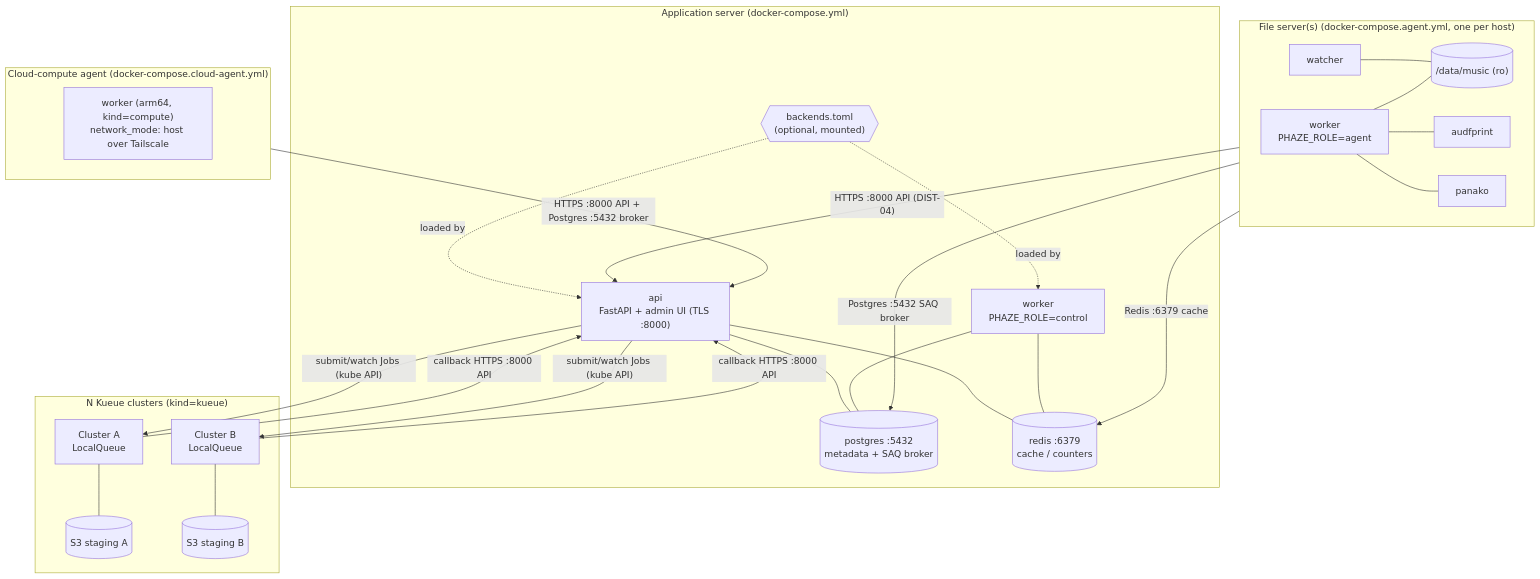
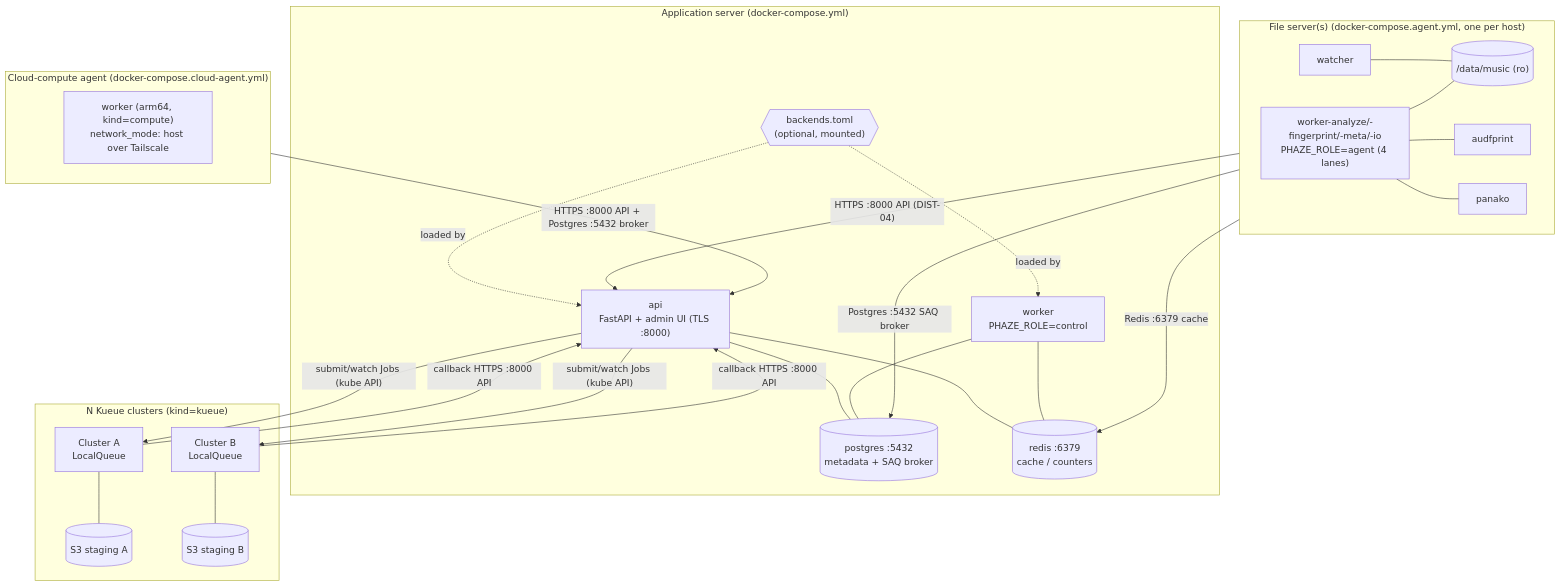
One commit to SimplicityGuy/phaze changed the first of 2 diagrams in docs/deployment.md. Above: the diagram before and after it, drawn with Mermaid. The commit also changed other lines of this file and 2 other files, not shown here.

````diff
--- a/docs/deployment.md
+++ b/docs/deployment.md
@@ -13,50 +13,50 @@
 ```mermaid
 flowchart TB
     subgraph app["Application server (docker-compose.yml)"]
         api["api<br/>FastAPI + admin UI (TLS :8000)"]
         ctl["worker<br/>PHAZE_ROLE=control"]
         pg[("postgres :5432<br/>metadata + SAQ broker")]
         rd[("redis :6379<br/>cache / counters")]
         cfg{{"backends.toml<br/>(optional, mounted)"}}
         api --- pg
         api --- rd
         ctl --- pg
         ctl --- rd
         cfg -. loaded by .-> api
         cfg -. loaded by .-> ctl
     end
 
     subgraph fs["File server(s) (docker-compose.agent.yml, one per host)"]
-        aw["worker<br/>PHAZE_ROLE=agent"]
+        aw["worker-analyze/-fingerprint/-meta/-io<br/>PHAZE_ROLE=agent (4 lanes)"]
         wt["watcher"]
         af["audfprint"]
         pk["panako"]
         media[("/data/music (ro)")]
         aw --- media
         wt --- media
         aw --- af
         aw --- pk
     end
 
     subgraph cloud["Cloud-compute agent (docker-compose.cloud-agent.yml)"]
         ca["worker (arm64, kind=compute)<br/>network_mode: host over Tailscale"]
     end
 
     subgraph kueue["N Kueue clusters (kind=kueue)"]
         k1["Cluster A<br/>LocalQueue"]
         s1[("S3 staging A")]
         k2["Cluster B<br/>LocalQueue"]
         s2[("S3 staging B")]
         k1 --- s1
         k2 --- s2
     end
 
     fs -->|"HTTPS :8000 API (DIST-04)"| api
     fs -->|"Postgres :5432 SAQ broker"| pg
     fs -->|"Redis :6379 cache"| rd
     cloud -->|"HTTPS :8000 API + Postgres :5432 broker"| api
     api -->|"submit/watch Jobs (kube API)"| k1
     api -->|"submit/watch Jobs (kube API)"| k2
     k1 -->|"callback HTTPS :8000 API"| api
     k2 -->|"callback HTTPS :8000 API"| api
 ```
````
